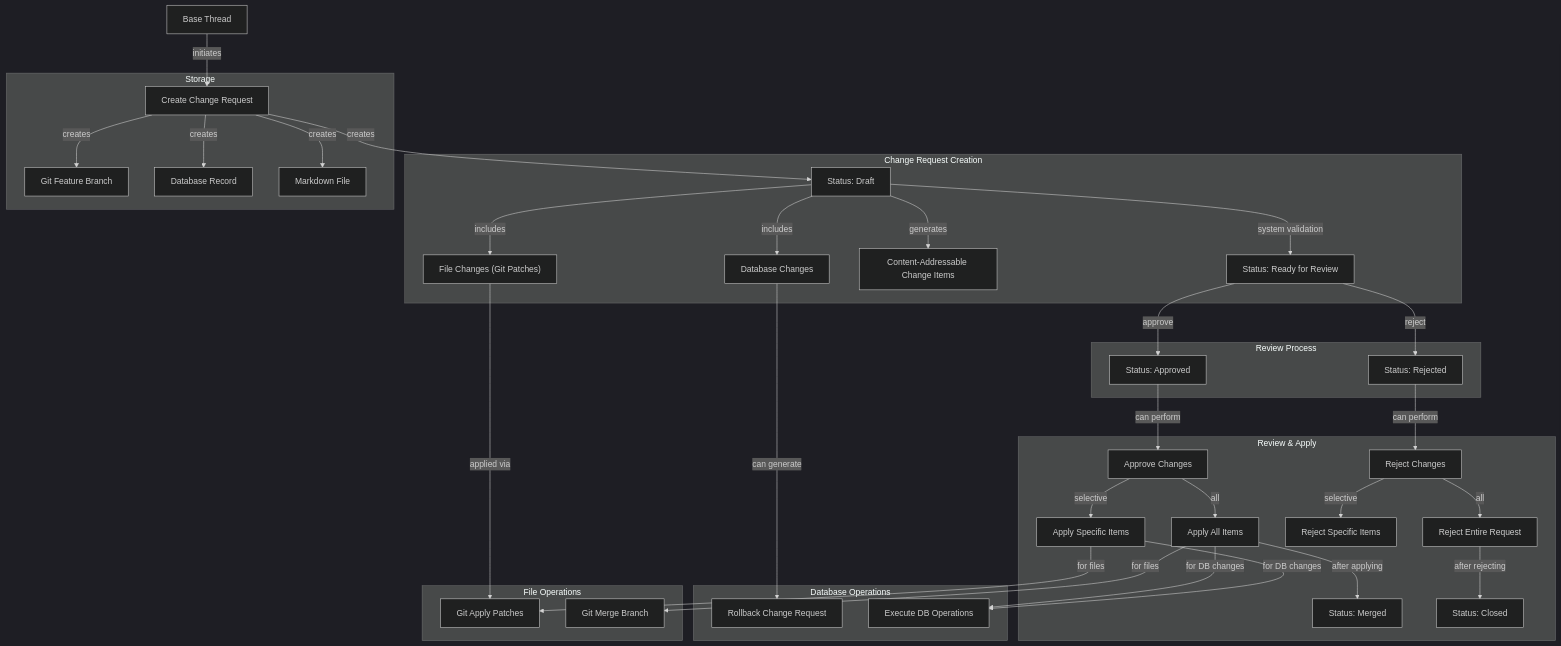
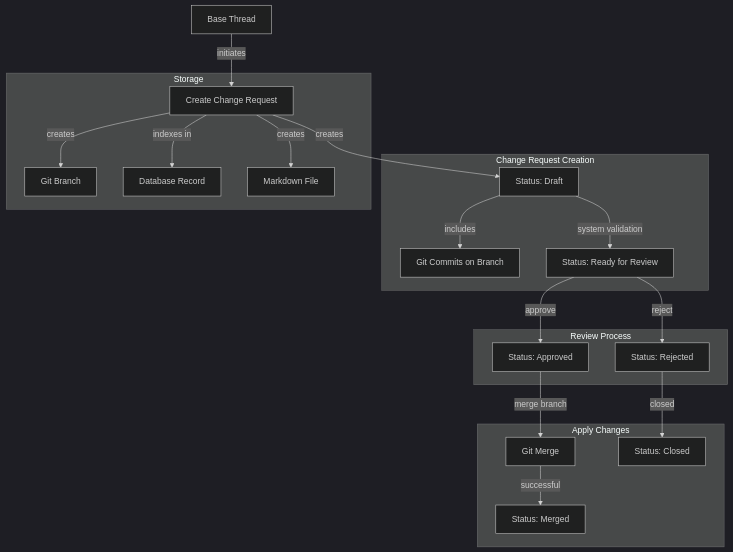
The diagram in system/text/change-request-design.md (mistakia/base), drawn with Mermaid (dark theme) before and after one commit. The commit also changed other lines of this file and 77 other files, not shown here.

````diff
--- a/system/text/change-request-design.md
+++ b/system/text/change-request-design.md
@@ -149,48 +99,27 @@
 ```mermaid
 graph TD
     Thread["Base Thread"] -- initiates --> CR["Create Change Request"]
     CR -- creates --> Draft["Status: Draft"]
 
     subgraph "Change Request Creation"
-        Draft -- includes --> FileChanges["File Changes (Git Patches)"]
-        Draft -- includes --> DBChanges["Database Changes"]
-        Draft -- generates --> ChangeItems["Content-Addressable Change Items"]
+        Draft -- includes --> Commits["Git Commits on Branch"]
         Draft -- system validation --> ReadyForReview["Status: Ready for Review"]
     end
 
     subgraph "Storage"
-        CR -- creates --> GitBranch["Git Feature Branch"]
-        CR -- creates --> DBRecord["Database Record"]
+        CR -- creates --> GitBranch["Git Branch"]
+        CR -- indexes in --> DBRecord["Database Record"]
         CR -- creates --> MDFile["Markdown File"]
     end
 
     subgraph "Review Process"
         ReadyForReview -- approve --> Approved["Status: Approved"]
         ReadyForReview -- reject --> Rejected["Status: Rejected"]
     end
 
-    subgraph "Review & Apply"
-        Approved -- can perform --> ApproveChanges["Approve Changes"]
-        ApproveChanges -- selective --> ItemApproval["Apply Specific Items"]
-        ApproveChanges -- all --> FullApproval["Apply All Items"]
-
-        Rejected -- can perform --> RejectChanges["Reject Changes"]
-        RejectChanges -- selective --> ItemRejection["Reject Specific Items"]
-        RejectChanges -- all --> FullRejection["Reject Entire Request"]
-
-        FullApproval -- after applying --> Merged["Status: Merged"]
-        FullRejection -- after rejecting --> Closed["Status: Closed"]
-    end
-
-    subgraph "Database Operations"
-        DBChanges -- can generate --> Rollback["Rollback Change Request"]
-        ItemApproval -- for DB changes --> Execute["Execute DB Operations"]
-        FullApproval -- for DB changes --> Execute
-    end
-
-    subgraph "File Operations"
-        FileChanges -- applied via --> GitPatches["Git Apply Patches"]
-        ItemApproval -- for files --> GitPatches
-        FullApproval -- for files --> GitMerge["Git Merge Branch"]
+    subgraph "Apply Changes"
+        Approved -- merge branch --> MergeOperation["Git Merge"]
+        MergeOperation -- successful --> Merged["Status: Merged"]
+        Rejected -- closed --> Closed["Status: Closed"]
     end
 ```
````
